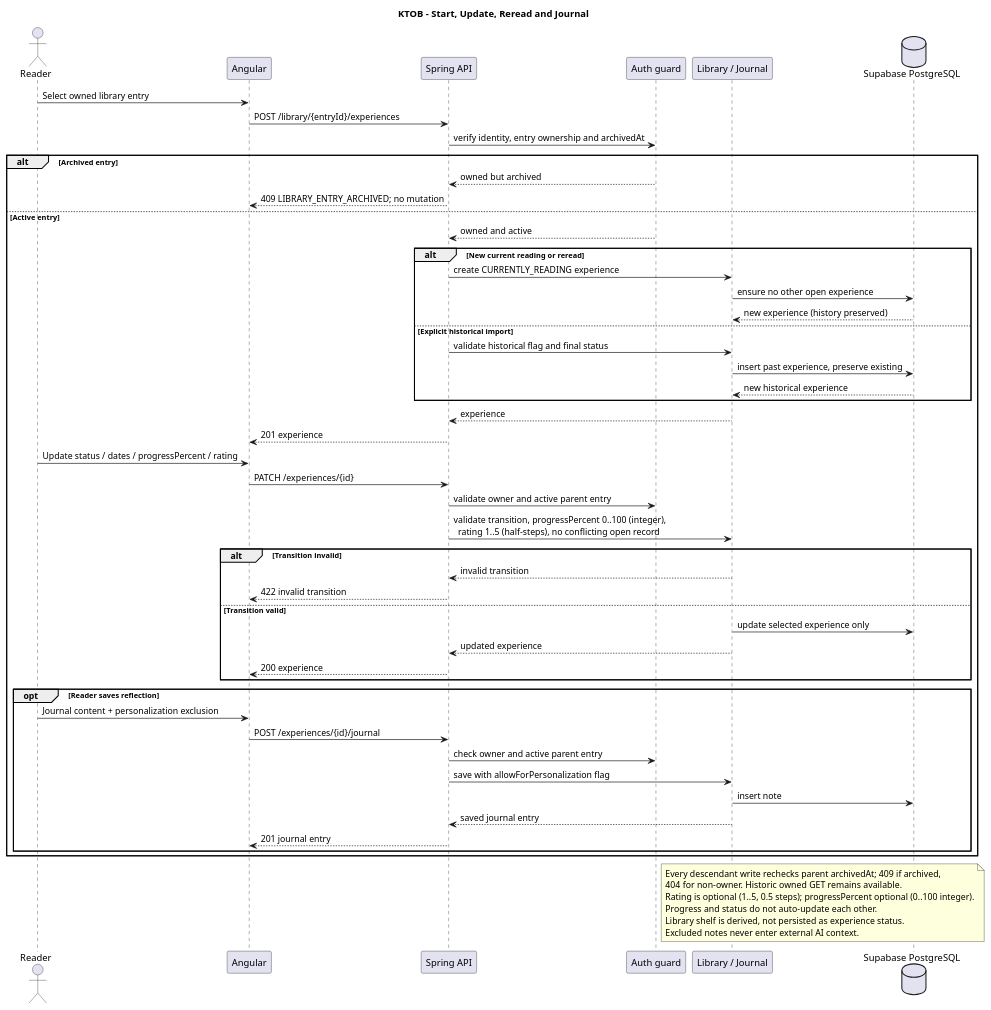
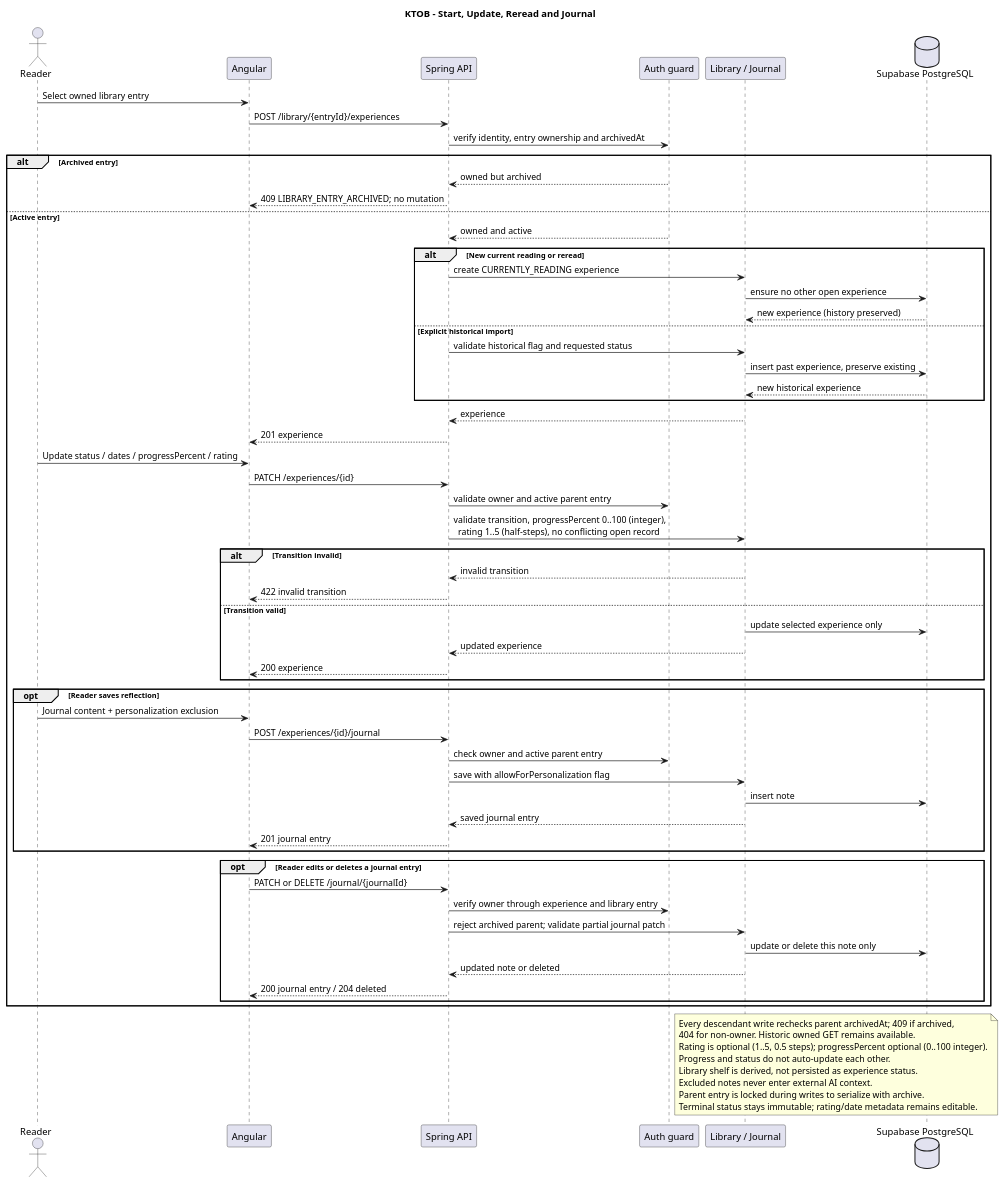
The diagram in docs/uml/08-sequence-reading-journal.puml (Adam-BArbia/ktob-literary-companion), drawn with PlantUML before and after one commit. The commit also changed 36 other files, not shown here.

Commit message:
Implement private reading journal API and stable book discovery

```diff
--- a/docs/uml/08-sequence-reading-journal.puml
+++ b/docs/uml/08-sequence-reading-journal.puml
@@ -1,58 +1,68 @@
 @startuml KTOB_08_sequence_reading_journal
 title KTOB - Start, Update, Reread and Journal
 actor Reader
 participant "Angular" as UI
 participant "Spring API" as API
 participant "Auth guard" as Guard
 participant "Library / Journal" as Library
 database "Supabase PostgreSQL" as DB
 Reader -> UI : Select owned library entry
 UI -> API : POST /library/{entryId}/experiences
 API -> Guard : verify identity, entry ownership and archivedAt
 alt Archived entry
  Guard --> API : owned but archived
  API --> UI : 409 LIBRARY_ENTRY_ARCHIVED; no mutation
 else Active entry
  Guard --> API : owned and active
  alt New current reading or reread
  API -> Library : create CURRENTLY_READING experience
  Library -> DB : ensure no other open experience
  DB --> Library : new experience (history preserved)
 else Explicit historical import
- API -> Library : validate historical flag and final status
+ API -> Library : validate historical flag and requested status
  Library -> DB : insert past experience, preserve existing
  DB --> Library : new historical experience
  end
 Library --> API : experience
 API --> UI : 201 experience
 Reader -> UI : Update status / dates / progressPercent / rating
 UI -> API : PATCH /experiences/{id}
 API -> Guard : validate owner and active parent entry
 API -> Library : validate transition, progressPercent 0..100 (integer),\n  rating 1..5 (half-steps), no conflicting open record
 alt Transition invalid
  Library --> API : invalid transition
 API --> UI : 422 invalid transition
 else Transition valid
  Library -> DB : update selected experience only
  Library --> API : updated experience
 API --> UI : 200 experience
 end
 opt Reader saves reflection
  Reader -> UI : Journal content + personalization exclusion
  UI -> API : POST /experiences/{id}/journal
  API -> Guard : check owner and active parent entry
  API -> Library : save with allowForPersonalization flag
  Library -> DB : insert note
  Library --> API : saved journal entry
 API --> UI : 201 journal entry
 end
+opt Reader edits or deletes a journal entry
+ UI -> API : PATCH or DELETE /journal/{journalId}
+ API -> Guard : verify owner through experience and library entry
+ API -> Library : reject archived parent; validate partial journal patch
+ Library -> DB : update or delete this note only
+ Library --> API : updated note or deleted
+ API --> UI : 200 journal entry / 204 deleted
+end
 end
 note over Library,DB
 Every descendant write rechecks parent archivedAt; 409 if archived,
 404 for non-owner. Historic owned GET remains available.
 Rating is optional (1..5, 0.5 steps); progressPercent optional (0..100 integer).
 Progress and status do not auto-update each other.
 Library shelf is derived, not persisted as experience status.
 Excluded notes never enter external AI context.
+Parent entry is locked during writes to serialize with archive.
+Terminal status stays immutable; rating/date metadata remains editable.
 end note
 @enduml
```
